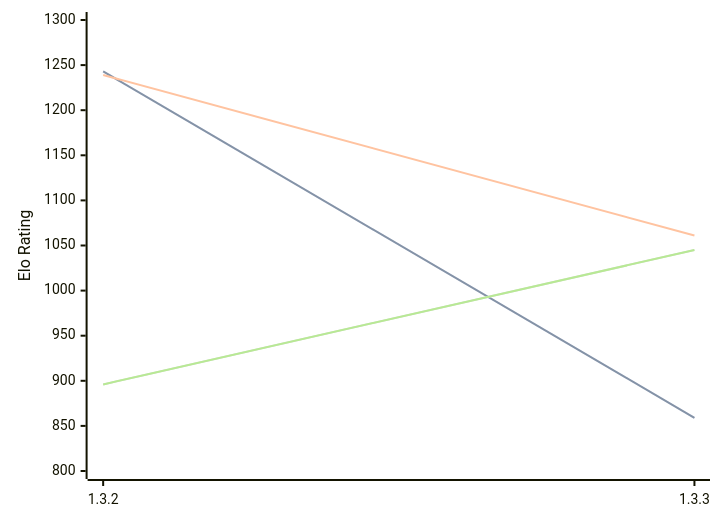
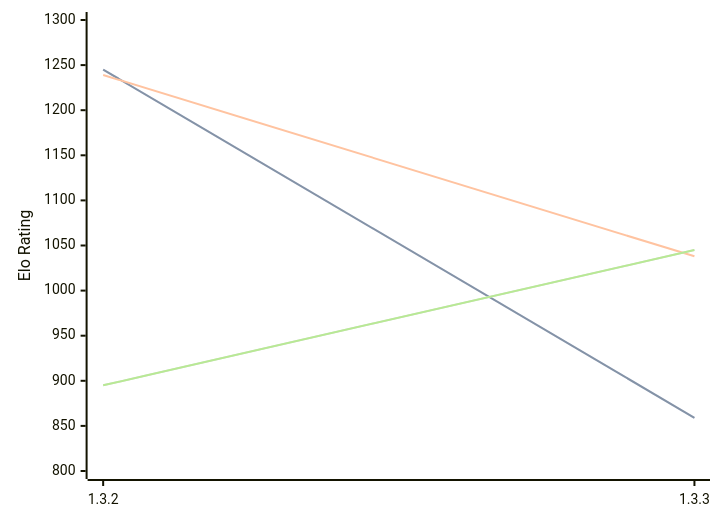
One commit to computer-chess-index/cci changed the diagram in engines/Whitespine.md. Above: the diagram before and after it, drawn with Mermaid. The commit also changed other lines of this file, not shown here.

Commit message:
Update CCI Ratings (ELO VLTC) - 2026-04-24

````diff
--- a/engines/Whitespine.md
+++ b/engines/Whitespine.md
@@ -35,11 +35,11 @@
 ```mermaid
 %%{init: {"theme":"base","themeVariables":{"seriesColors:['#a3a3a3','#222221','#faa371']}}}%%
 xychart-beta
   x-axis ["1.3.2", "1.3.3"]
   y-axis "Elo Rating" 800 --> 1300
-  line "STC (8.0+0.08s)" [1243, 859]
-  line "STC (8.0+0.08s)" [1243, 859]
-  line "LTC (60.0+0.60s)" [1239, 1061]
-  line "VLTC (2m24s+1.12s)" [896, 1045]
-  line "VLTC (2m24s+1.12s)" [896, 1045]
+  line "STC (8.0+0.08s)" [1245, 859]
+  line "STC (8.0+0.08s)" [1245, 859]
+  line "LTC (60.0+0.60s)" [1239, 1038]
+  line "VLTC (2m24s+1.12s)" [895, 1045]
+  line "VLTC (2m24s+1.12s)" [895, 1045]
 ```
````
